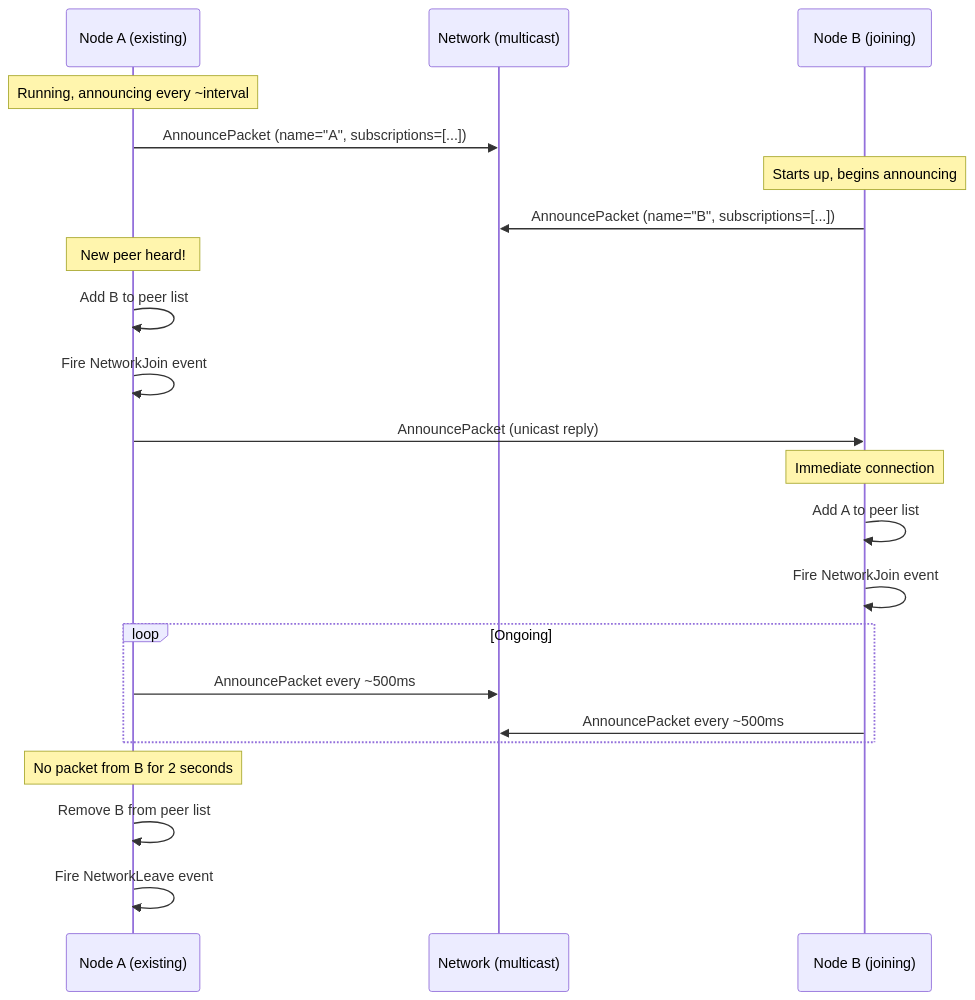
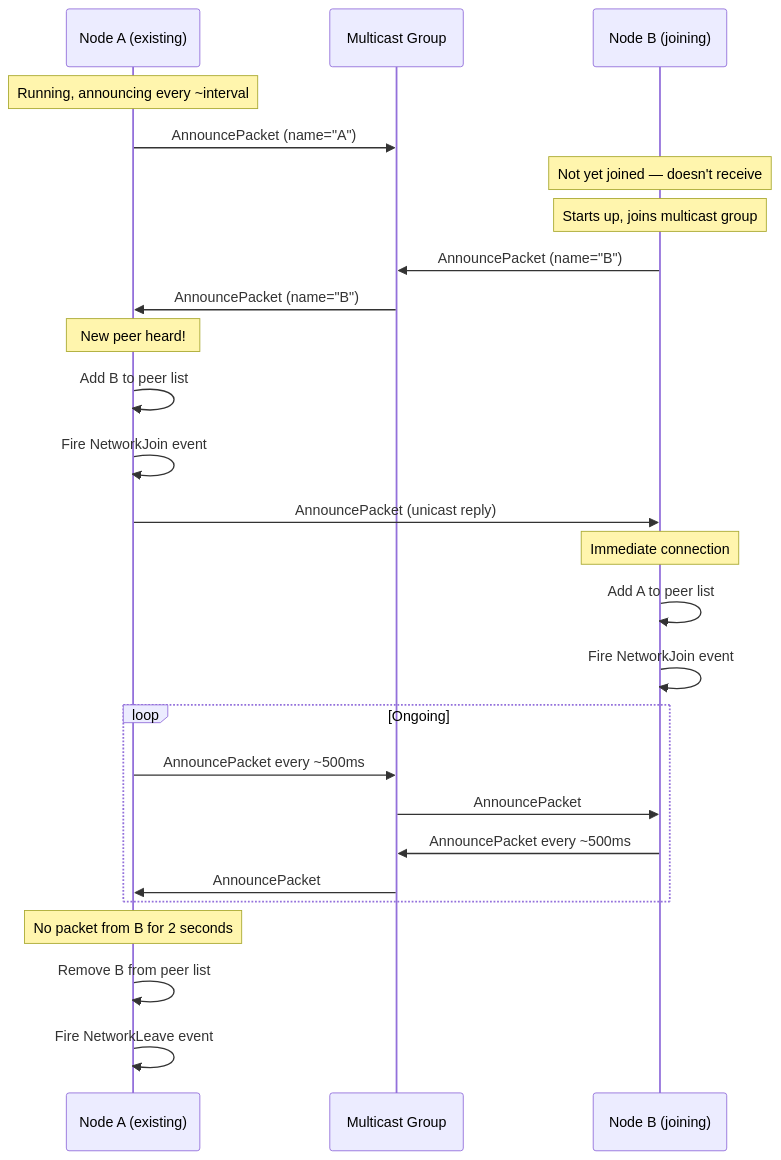
The third of 12 diagrams in docs/explanation/nuclearnet.md (Fastcode/NUClear), drawn with Mermaid before and after one commit. The commit also changed other lines of this file, not shown here.

Commit message:
Better lines

````diff
--- a/docs/explanation/nuclearnet.md
+++ b/docs/explanation/nuclearnet.md
@@ -97,30 +97,34 @@
 ```mermaid
 sequenceDiagram
     participant A as Node A (existing)
-    participant Net as Network (multicast)
+    participant M as Multicast Group
     participant B as Node B (joining)
 
     Note over A: Running, announcing every ~interval
-    A->>Net: AnnouncePacket (name="A", subscriptions=[...])
+    A->>M: AnnouncePacket (name="A")
+    Note over B: Not yet joined — doesn't receive
 
-    Note over B: Starts up, begins announcing
-    B->>Net: AnnouncePacket (name="B", subscriptions=[...])
+    Note over B: Starts up, joins multicast group
+    B->>M: AnnouncePacket (name="B")
+    M->>A: AnnouncePacket (name="B")
 
     Note over A: New peer heard!
     A->>A: Add B to peer list
     A->>A: Fire NetworkJoin event
     A->>B: AnnouncePacket (unicast reply)
 
     Note over B: Immediate connection
     B->>B: Add A to peer list
     B->>B: Fire NetworkJoin event
 
     loop Ongoing
-        A->>Net: AnnouncePacket every ~500ms
-        B->>Net: AnnouncePacket every ~500ms
+        A->>M: AnnouncePacket every ~500ms
+        M->>B: AnnouncePacket
+        B->>M: AnnouncePacket every ~500ms
+        M->>A: AnnouncePacket
     end
 
     Note over A: No packet from B for 2 seconds
     A->>A: Remove B from peer list
     A->>A: Fire NetworkLeave event
 ```
````
